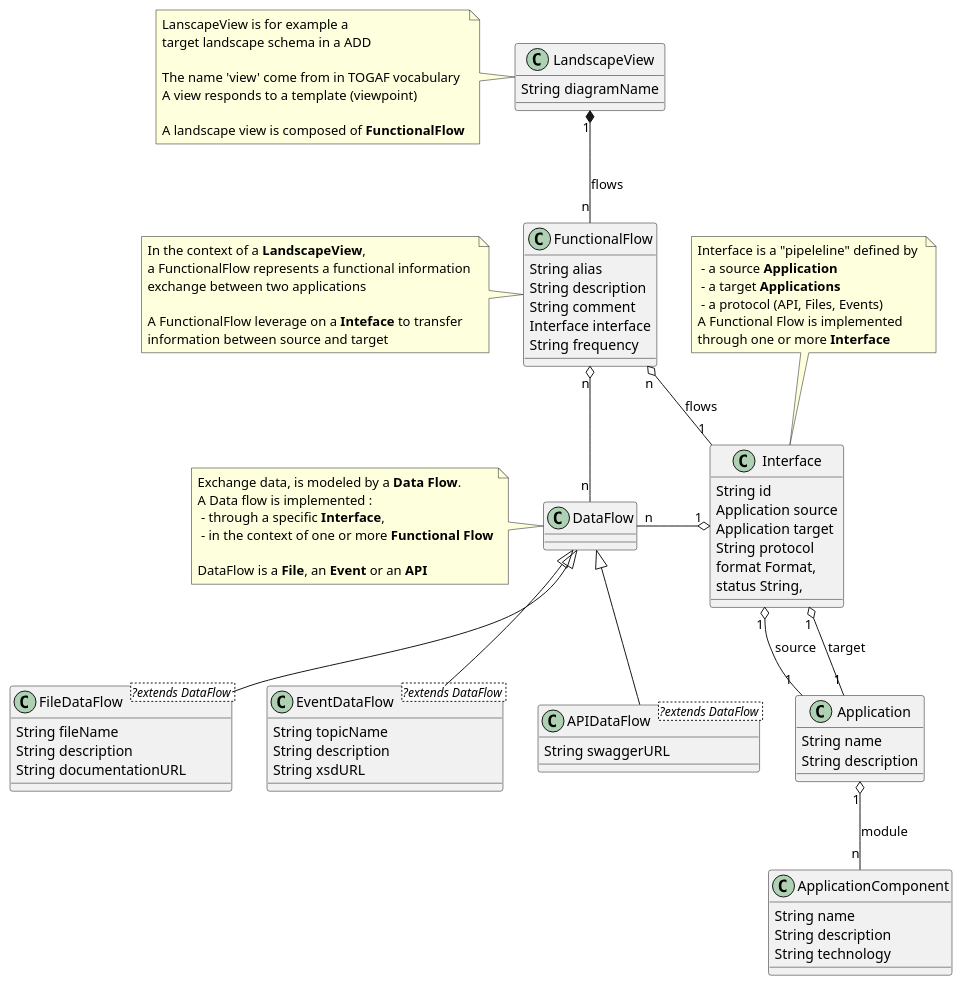
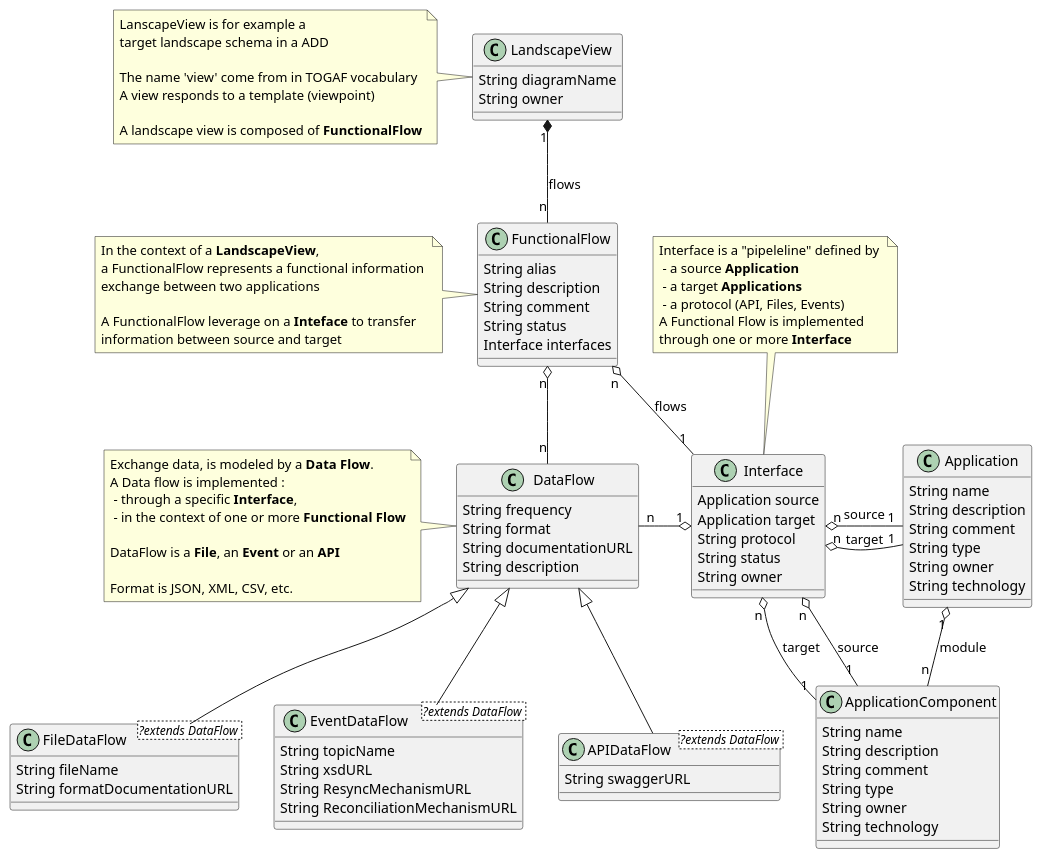
Before and after one commit to mauvaisetroupe/ea-design-it: the diagram in documentation/metamodel/plantuml-eadesignit.puml, drawn with PlantUML. The commit also changed 4 other files, not shown here.

Commit message:
Add fadditional fields to manager status, ownerships, etc. Add relationship Intefaces/Components

```diff
--- a/documentation/metamodel/plantuml-eadesignit.puml
+++ b/documentation/metamodel/plantuml-eadesignit.puml
@@ -1,109 +1,124 @@
 @startuml
 LandscapeView "1" *-down- "n" FunctionalFlow : flows
 FunctionalFlow "n" o-down- "1" Interface : flows
 'FunctionalFlow "1" o-- "n" DataFlow
 DataFlow "n" -right-o "1" Interface
 DataFlow "n" -up-o "n" FunctionalFlow
 
 
 
 
-Interface "1" o-- "1" Application : source
-Interface "1" o-- "1" Application : target
+Interface "n" o-right- "1" Application : source
+Interface "n" o-right- "1" Application : target
+Interface "n" o-- "1" ApplicationComponent : source
+Interface "n" o-- "1" ApplicationComponent : target
+
 Application "1" o-- "n" ApplicationComponent : module
+
 DataFlow <|-- FileDataFlow
 DataFlow <|-- EventDataFlow
 DataFlow <|-- APIDataFlow
 
-'DataFlow "1" o-left- "1" ApplicationComponent : source
-'DataFlow "1" o-left- "1" ApplicationComponent : target
 
 
 
 Class LandscapeView {
    String diagramName 
+   String owner
 }
 note left of LandscapeView
   LanscapeView is for example a 
   target landscape schema in a ADD
   
   The name 'view' come from in TOGAF vocabulary
   A view responds to a template (viewpoint)
 
   A landscape view is composed of <b>FunctionalFlow</b>
 end note 
 
 Class FunctionalFlow {
-    String alias
-    String description
-    String comment
-	Interface interface
-	String frequency
+   String alias
+   String description
+   String comment
+   String status
+	Interface interfaces
 }
 note left of FunctionalFlow
   In the context of a <b>LandscapeView</b>,
   a FunctionalFlow represents a functional information 
   exchange between two applications
   
   A FunctionalFlow leverage on a <b>Inteface</b> to transfer
   information between source and target
 end note 
 
 Class Interface {
-    String id
-    Application source
-    Application target
-	String protocol
-    format Format,
-    status String,
+   Application source
+   Application target
+   String protocol
+   String status
+   String owner
 }
 note top of Interface
    Interface is a "pipeleline" defined by 
     - a source <b>Application</b>
     - a target <b>Applications</b>
     - a protocol (API, Files, Events)
    A Functional Flow is implemented 
    through one or more <b>Interface</b>
 end note
 
 
 Class Application {
-String name
-String description
+   String name
+   String description
+   String comment
+   String type
+   String owner
+   String technology
 }
 
 Class ApplicationComponent {
-String name
-String description
-String technology
+   String name
+   String description
+   String comment
+   String type
+   String owner
+   String technology
 }
 
 
 Class DataFlow {
+	String frequency
+   String format 
+   String documentationURL
+   String description
 }
 note left of DataFlow
   Exchange data, is modeled by a <b>Data Flow</b>.
   A Data flow is implemented :
    - through a specific <b>Interface</b>, 
    - in the context of one or more <b>Functional Flow</b>
   
   DataFlow is a <b>File</b>, an <b>Event</b> or an <b>API</b>
+
+  Format is JSON, XML, CSV, etc.
 end note 
 
 
 Class FileDataFlow <?extends DataFlow > {
    String fileName
-   String description
-   String documentationURL
+   String formatDocumentationURL
 }
 
 Class EventDataFlow <?extends DataFlow > {
    String topicName
-   String description
    String xsdURL
+   String ResyncMechanismURL
+   String ReconciliationMechanismURL
 }
 
 Class APIDataFlow <?extends DataFlow > {
    String swaggerURL
 }
 @enduml
```
